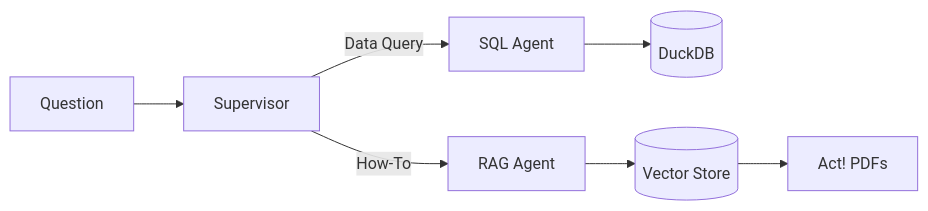
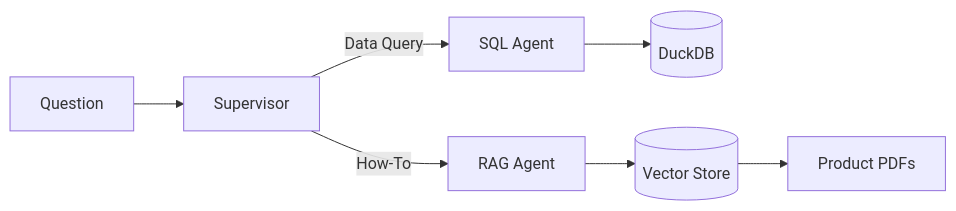
Before and after one commit to sazzad-kamal/acme-crm-ai-companion: the fourth of 4 diagrams in README.md, drawn with Mermaid. The commit also changed other lines of this file, not shown here.

````diff
--- a/README.md
+++ b/README.md
@@ -136,9 +143,9 @@
 ```mermaid
 flowchart LR
     Q[Question] --> S[Supervisor]
     S -->|Data Query| SQL[SQL Agent]
     S -->|How-To| RAG[RAG Agent]
     SQL --> DB[(DuckDB)]
     RAG --> VS[(Vector Store)]
-    VS --> PDF[Act! PDFs]
+    VS --> PDF[Product PDFs]
 ```
````
